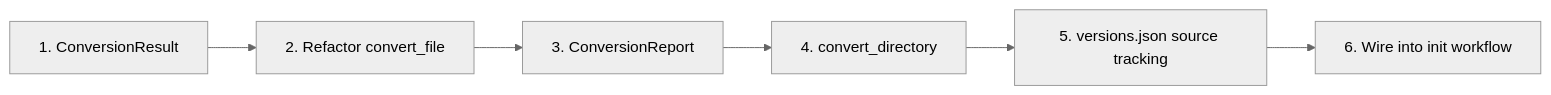
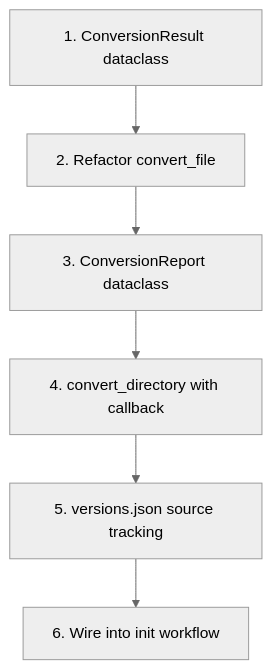
The second of 3 diagrams in context/shared/plans/2025-02-19-convert-command-design.md (portolan-sdi/portolan-cli), drawn with Mermaid (neutral theme) before and after one commit. The commit also changed other lines of this file, not shown here.

First line of the commit message:
docs: resolve convert command design parking lot items

````diff
--- a/context/shared/plans/2025-02-19-convert-command-design.md
+++ b/context/shared/plans/2025-02-19-convert-command-design.md
@@ -103,8 +108,8 @@
 ```mermaid
-graph LR
-    A[1. ConversionResult] --> B[2. Refactor convert_file]
-    B --> C[3. ConversionReport]
-    C --> D[4. convert_directory]
+graph TD
+    A[1. ConversionResult dataclass] --> B[2. Refactor convert_file]
+    B --> C[3. ConversionReport dataclass]
+    C --> D[4. convert_directory with callback]
     D --> E[5. versions.json source tracking]
     E --> F[6. Wire into init workflow]
 ```
````
